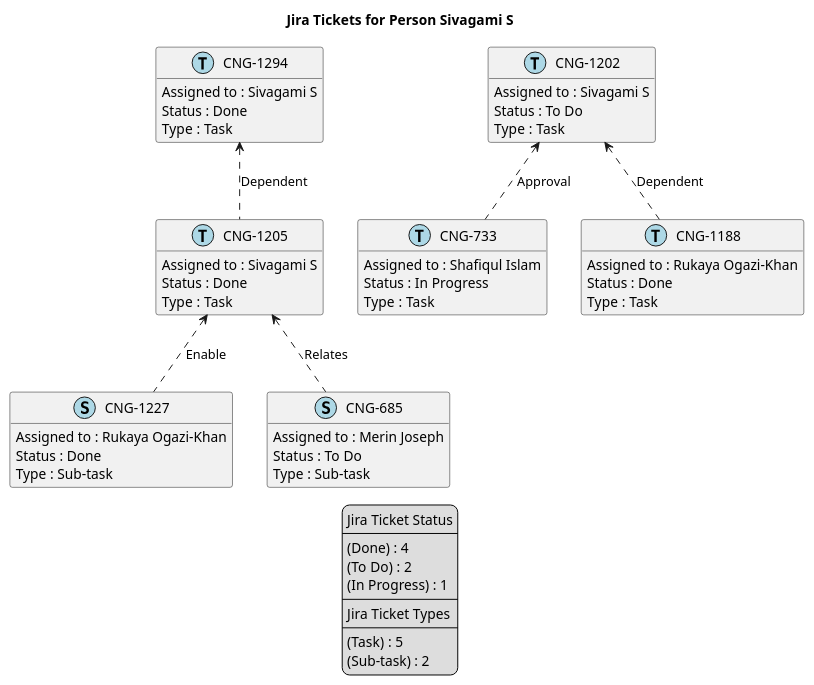
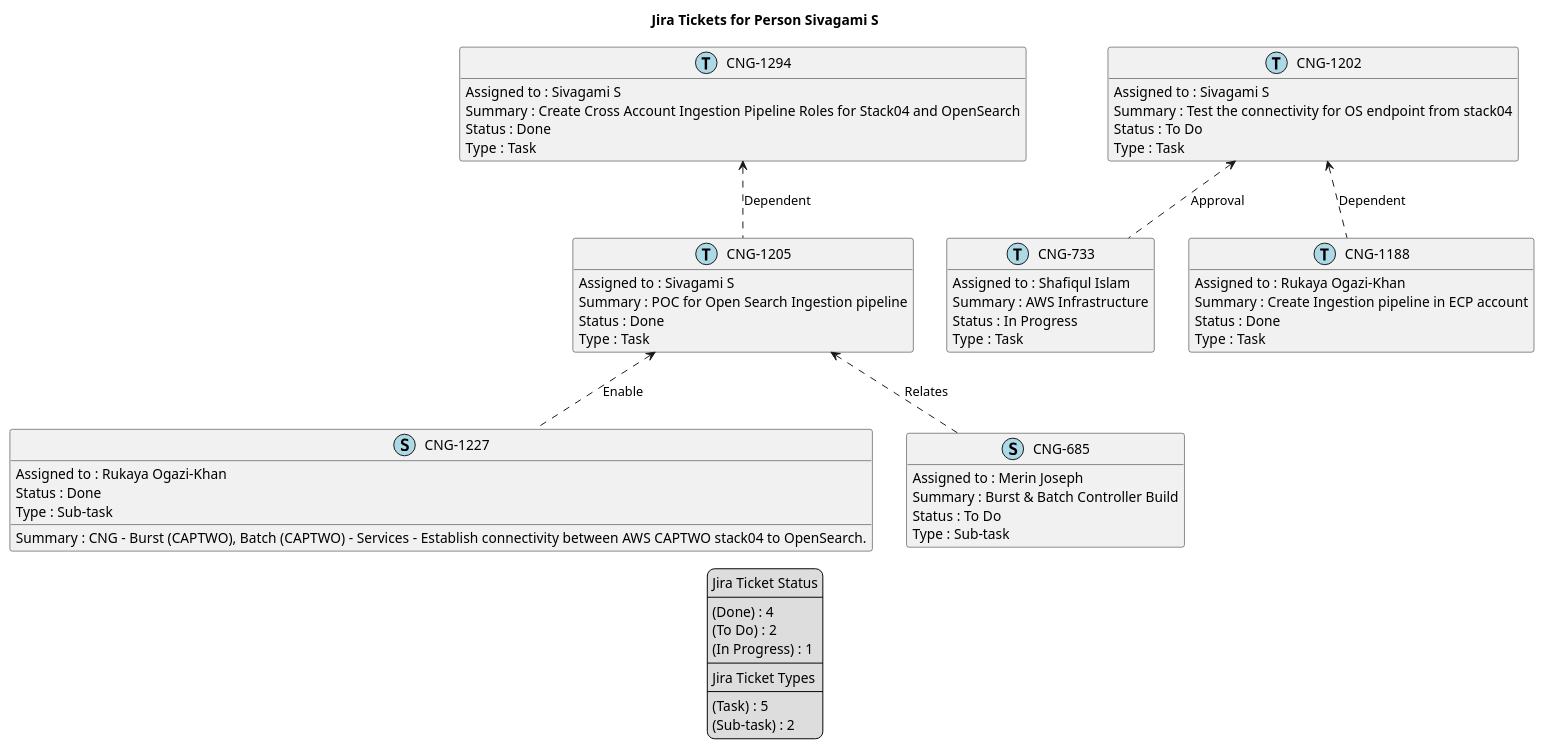
Before and after one commit to brunasti/jiraplotter: the diagram in temp/jira-Person-Sivagami_S.puml, drawn with PlantUML. The commit also changed 90 other files, not shown here.

```diff
--- a/temp/jira-Person-Sivagami_S.puml
+++ b/temp/jira-Person-Sivagami_S.puml
@@ -1,77 +1,84 @@
 @startuml
 'https://plantuml.com/class-diagram
 
 ' GENERATE CLASS DIAGRAM ===========
-' Generated at    : Tue Apr 23 13:28:09 CEST 2024
+' Generated at    : Fri May 03 10:09:59 CEST 2024
 
 title Jira Tickets for Person Sivagami S
 hide empty members
 
 legend
 Jira Ticket Status
 ----
 (Done) : 4
 (To Do) : 2
 (In Progress) : 1
 ----
 Jira Ticket Types
 ----
 (Task) : 5
 (Sub-task) : 2
 end legend
 
 
 ' Tickets =======
 class "CNG-1294" << (T,lightblue) >> {
   Assigned to : Sivagami S
+  Summary : Create Cross Account Ingestion Pipeline Roles for Stack04 and OpenSearch
   Status : Done
   Type : Task
 }
 
 class "CNG-1205" << (T,lightblue) >> {
   Assigned to : Sivagami S
+  Summary : POC for Open Search Ingestion pipeline
   Status : Done
   Type : Task
 }
 
 class "CNG-1227" << (S,lightblue) >> {
   Assigned to : Rukaya Ogazi-Khan
+  Summary : CNG - Burst (CAPTWO), Batch (CAPTWO) - Services - Establish connectivity between AWS CAPTWO stack04 to OpenSearch.
   Status : Done
   Type : Sub-task
 }
 
 class "CNG-1202" << (T,lightblue) >> {
   Assigned to : Sivagami S
+  Summary : Test the connectivity for OS endpoint from stack04
   Status : To Do
   Type : Task
 }
 
 class "CNG-685" << (S,lightblue) >> {
   Assigned to : Merin Joseph
+  Summary : Burst & Batch Controller Build
   Status : To Do
   Type : Sub-task
 }
 
 class "CNG-733" << (T,lightblue) >> {
   Assigned to : Shafiqul Islam
+  Summary : AWS Infrastructure
   Status : In Progress
   Type : Task
 }
 
 class "CNG-1188" << (T,lightblue) >> {
   Assigned to : Rukaya Ogazi-Khan
+  Summary : Create Ingestion pipeline in ECP account
   Status : Done
   Type : Task
 }
 
 
 
 ' Links =======
 "CNG-1205" <.. "CNG-1227" : Enable
 "CNG-1205" <.. "CNG-685" : Relates
 "CNG-1202" <.. "CNG-733" : Approval
 "CNG-1202" <.. "CNG-1188" : Dependent
 "CNG-1294" <.. "CNG-1205" : Dependent
 
 
 @enduml
```
